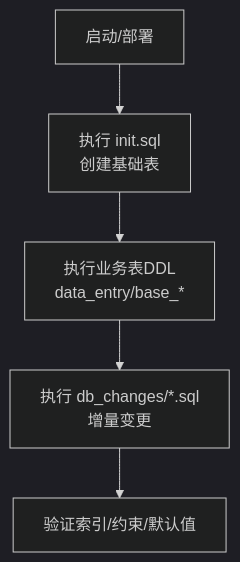
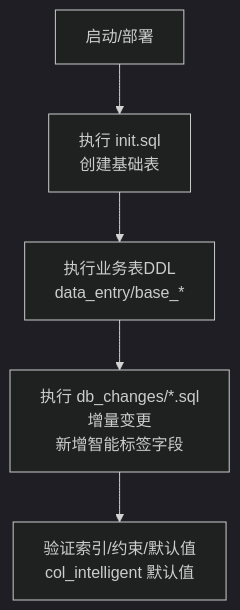
The fourth of 8 diagrams in .qoder/repowiki/zh/content/数据库设计/数据模型设计/数据库架构设计.md (kinke0/ProductList), drawn with Mermaid (dark theme) before and after one commit. The commit also changed other lines of this file and 106 other files, not shown here.

Commit message:
V1.1.0: 修复清单导航树不匹配+统计视图加载遮罩+上下移提示

````diff
--- a/.qoder/repowiki/zh/content/数据库设计/数据模型设计/数据库架构设计.md
+++ b/.qoder/repowiki/zh/content/数据库设计/数据模型设计/数据库架构设计.md
@@ -189,7 +189,7 @@
 ```mermaid
 flowchart TD
 A["启动/部署"] --> B["执行 init.sql<br/>创建基础表"]
 B --> C["执行业务表DDL<br/>data_entry/base_*"]
-C --> D["执行 db_changes/*.sql<br/>增量变更"]
-D --> E["验证索引/约束/默认值"]
+C --> D["执行 db_changes/*.sql<br/>增量变更<br/>新增智能标签字段"]
+D --> E["验证索引/约束/默认值<br/>col_intelligent 默认值"]
 ```
````
